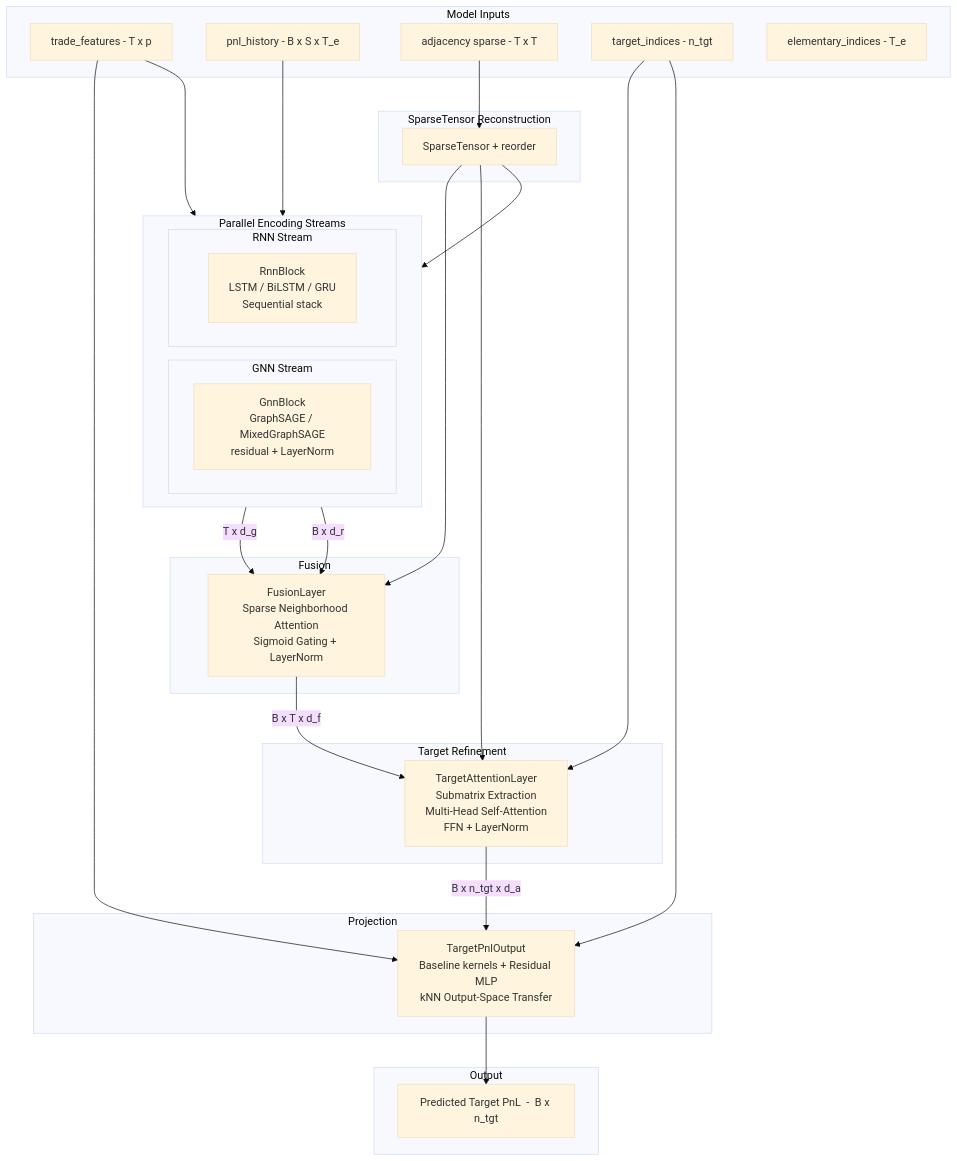
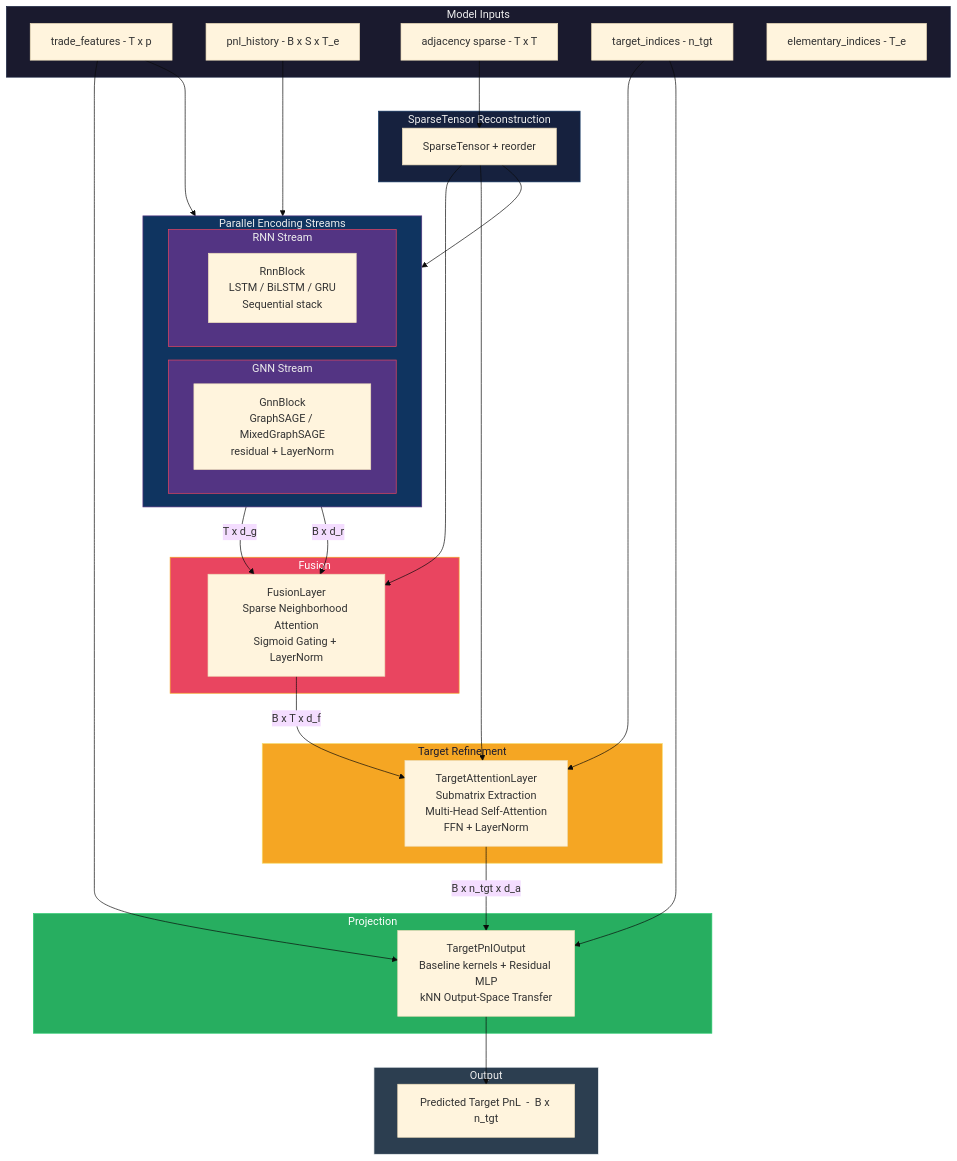
Before and after one commit to JStevens95/QuantStrata: the first of 3 diagrams in src/rade_ml/models/hybrid_gnn_rnn/README.md, drawn with Mermaid (base theme). The commit also changed other lines of this file and 1 other file, not shown here.

Commit message:
Add design specification for planned improvements to HybridGnnRnn model
- Introduced a new document outlining six architectural enhancements aimed at improving scalability and accuracy for the HybridGnnRnn model.
- Each section details the motivation, mathematical formulation, and affected files for proposed changes, serving as a comprehensive implementation reference.
- No code changes have been made yet; this commit focuses on planning and documentation for future development.

````diff
--- a/src/rade_ml/models/hybrid_gnn_rnn/README.md
+++ b/src/rade_ml/models/hybrid_gnn_rnn/README.md
@@ -111,59 +111,69 @@
 ```mermaid
 flowchart TB
     subgraph inputs ["Model Inputs"]
         TF["trade_features  -  T x p"]
         PH["pnl_history  -  B x S x T_e"]
         ADJ["adjacency sparse  -  T x T"]
         TI["target_indices  -  n_tgt"]
         EI["elementary_indices  -  T_e"]
     end
 
     subgraph reconstruct ["SparseTensor Reconstruction"]
         RECON["SparseTensor + reorder"]
     end
 
     subgraph parallel ["Parallel Encoding Streams"]
         direction LR
         subgraph gnn_stream ["GNN Stream"]
             GNN["GnnBlock<br/>GraphSAGE / MixedGraphSAGE<br/>residual + LayerNorm"]
         end
         subgraph rnn_stream ["RNN Stream"]
             RNN["RnnBlock<br/>LSTM / BiLSTM / GRU<br/>Sequential stack"]
         end
     end
 
     subgraph fusion_block ["Fusion"]
         FUSE["FusionLayer<br/>Sparse Neighborhood Attention<br/>Sigmoid Gating + LayerNorm"]
     end
 
     subgraph attn_block ["Target Refinement"]
         ATTN["TargetAttentionLayer<br/>Submatrix Extraction<br/>Multi-Head Self-Attention<br/>FFN + LayerNorm"]
     end
 
     subgraph proj_block ["Projection"]
         PROJ["TargetPnlOutput<br/>Baseline kernels + Residual MLP<br/>kNN Output-Space Transfer"]
     end
 
     subgraph output ["Output"]
         OUT["Predicted Target PnL  -  B x n_tgt"]
     end
 
     ADJ --> RECON
     RECON --> GNN
     TF --> GNN
     PH --> RNN
 
     GNN -->|"T x d_g"| FUSE
     RNN -->|"B x d_r"| FUSE
     RECON --> FUSE
 
     FUSE -->|"B x T x d_f"| ATTN
     TI --> ATTN
     RECON --> ATTN
 
     ATTN -->|"B x n_tgt x d_a"| PROJ
     TF --> PROJ
     TI --> PROJ
 
     PROJ --> OUT
+
+    style inputs fill:#1a1a2e,stroke:#16213e,color:#eee
+    style reconstruct fill:#16213e,stroke:#0f3460,color:#eee
+    style parallel fill:#0f3460,stroke:#533483,color:#eee
+    style gnn_stream fill:#533483,stroke:#e94560,color:#eee
+    style rnn_stream fill:#533483,stroke:#e94560,color:#eee
+    style fusion_block fill:#e94560,stroke:#f5a623,color:#fff
+    style attn_block fill:#f5a623,stroke:#f7dc6f,color:#1a1a2e
+    style proj_block fill:#27ae60,stroke:#2ecc71,color:#fff
+    style output fill:#2c3e50,stroke:#ecf0f1,color:#eee
 ```
````
